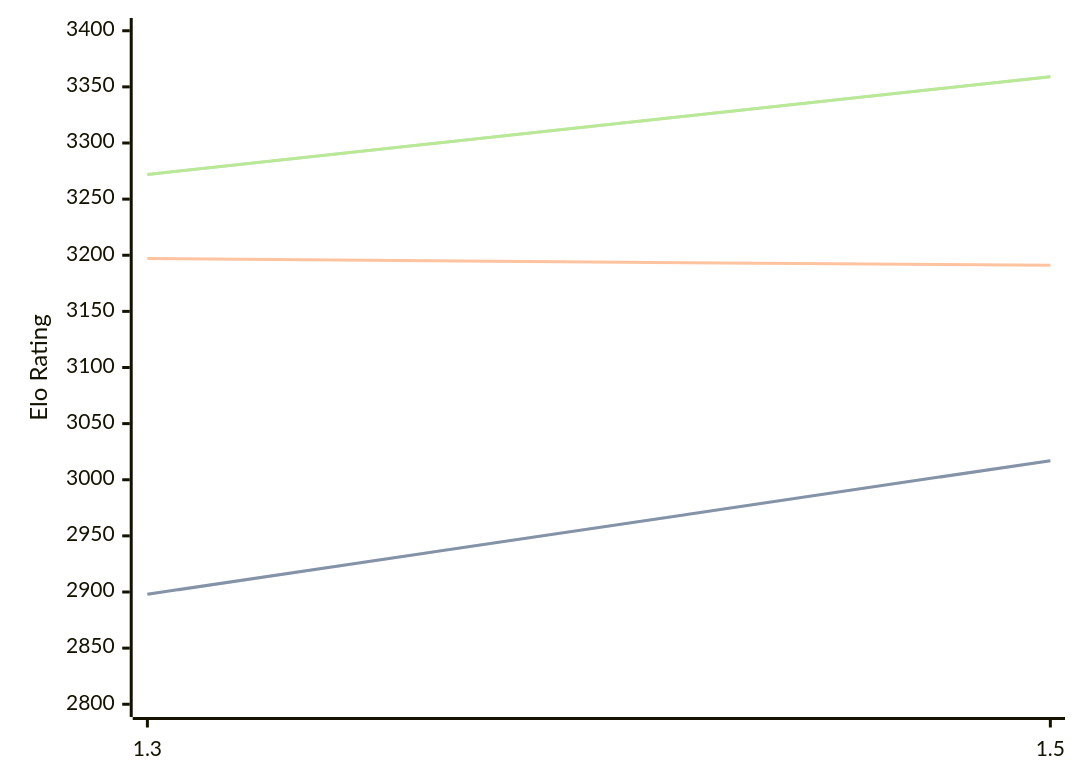
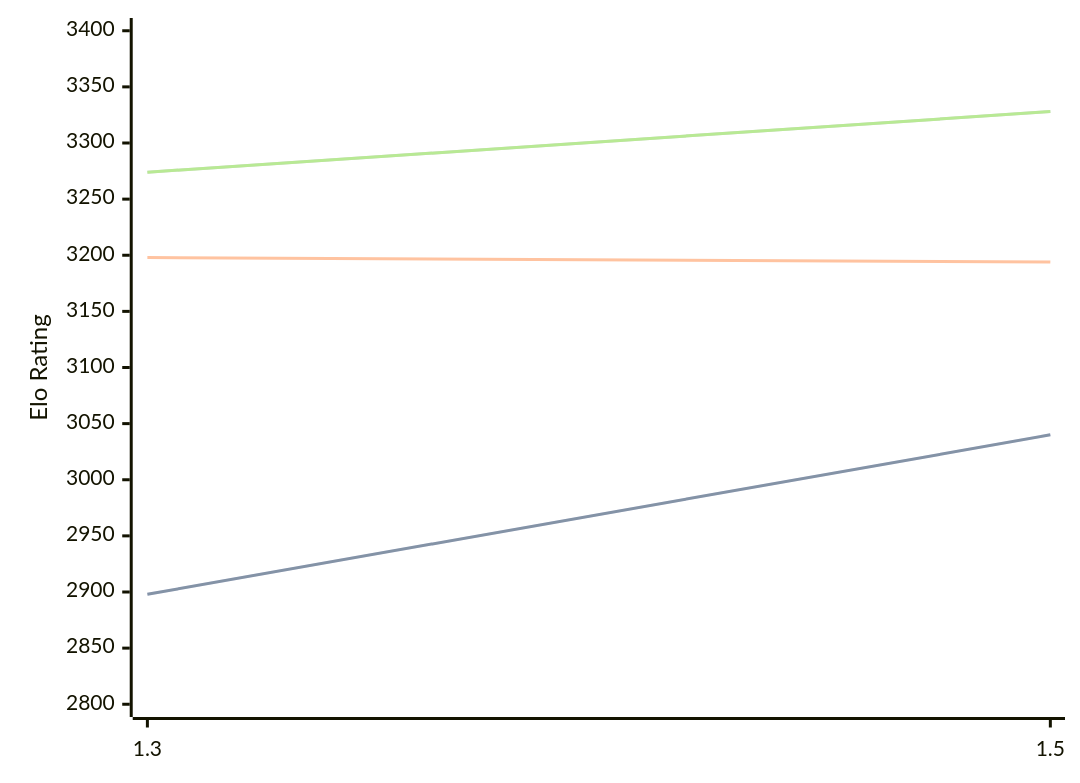
Before and after one commit to computer-chess-index/cci: the first of 3 diagrams in engines/Lambergar.md, drawn with Mermaid. The commit also changed other lines of this file, not shown here.

Commit message:
Update CCI Ratings (ELO VLTC) - 2026-06-24

````diff
--- a/engines/Lambergar.md
+++ b/engines/Lambergar.md
@@ -44,11 +44,11 @@
 ```mermaid
 %%{init: {"theme":"base","themeVariables":{"seriesColors:['#a3a3a3','#222221','#faa371']}}}%%
 xychart-beta
   x-axis ["1.3", "1.5"]
   y-axis "Elo Rating" 2800 --> 3400
-  line "STC (8.0+0.08s)" [2898, 3017]
-  line "STC (8.0+0.08s)" [2898, 3017]
-  line "LTC (60.0+0.60s)" [3197, 3191]
-  line "VLTC (2m24s+1.12s)" [3272, 3359]
-  line "VLTC (2m24s+1.12s)" [3272, 3359]
+  line "STC (8.0+0.08s)" [2898, 3040]
+  line "STC (8.0+0.08s)" [2898, 3040]
+  line "LTC (60.0+0.60s)" [3198, 3194]
+  line "VLTC (2m24s+1.12s)" [3274, 3328]
+  line "VLTC (2m24s+1.12s)" [3274, 3328]
 ```
````
